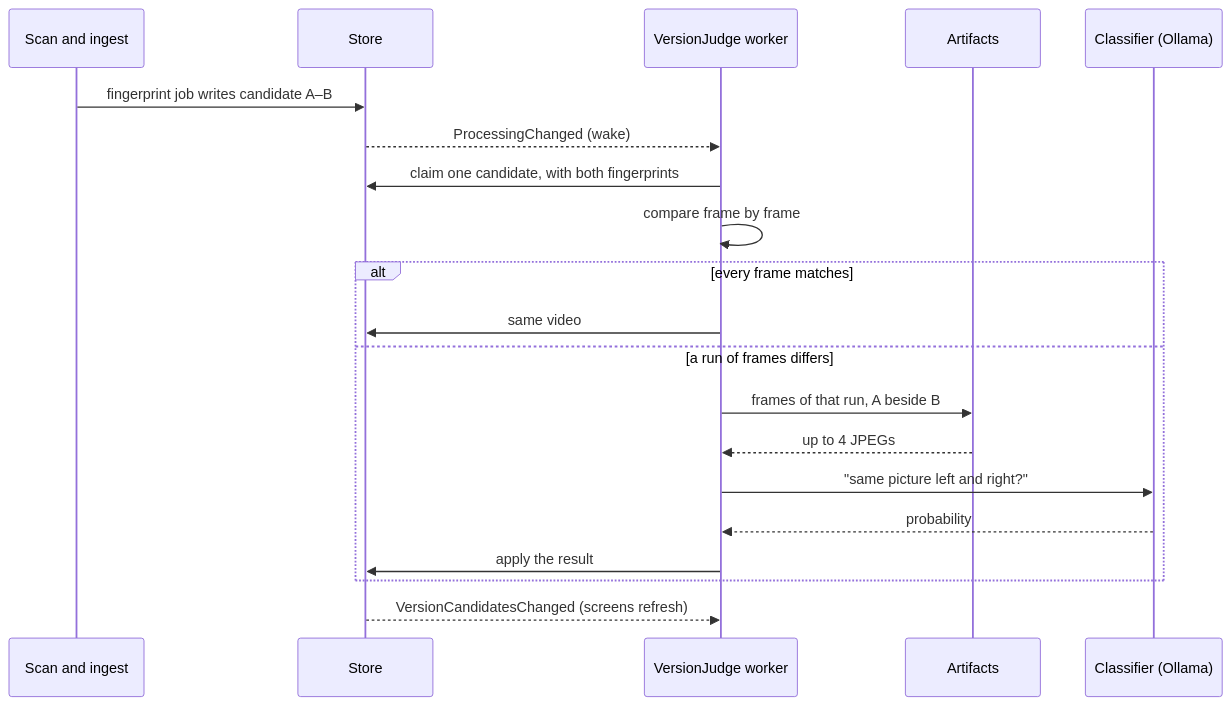
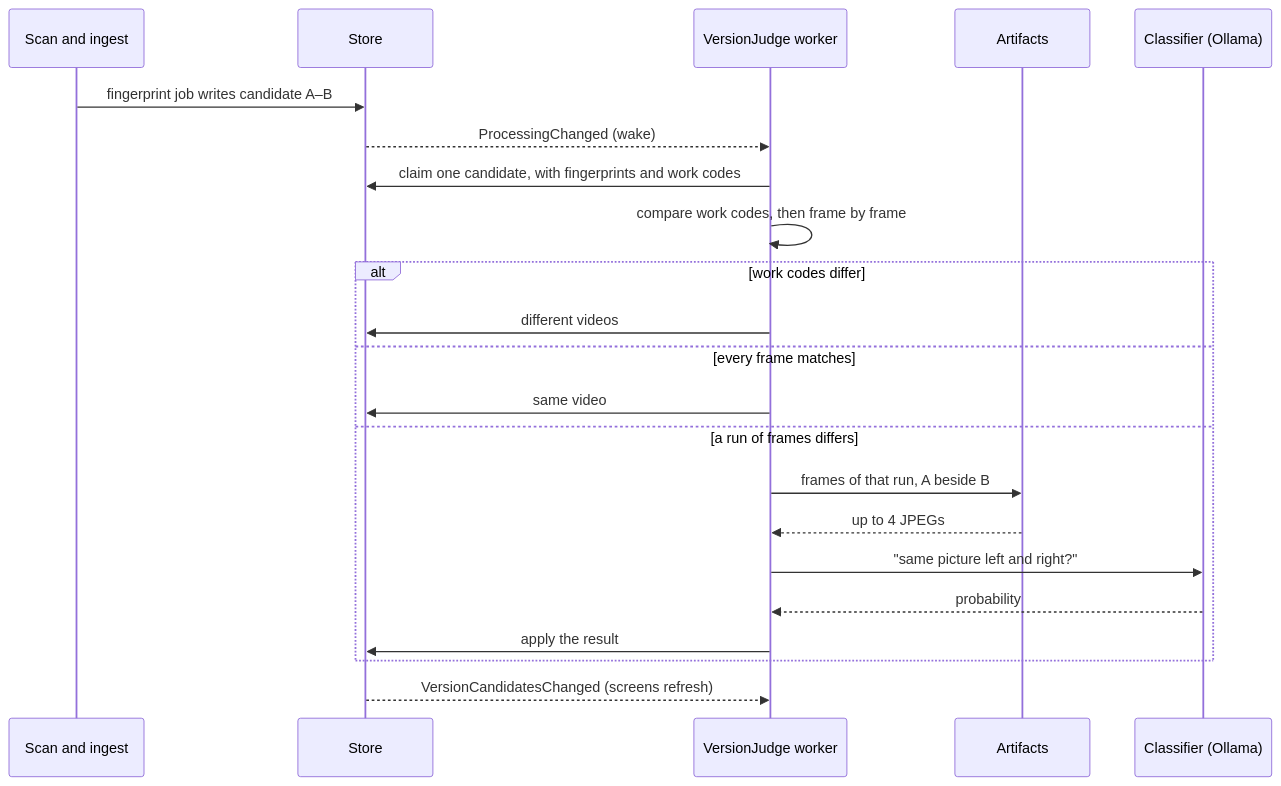
The first of 2 diagrams in specs/054-auto-dup/plan.md (syudead/vv), drawn with Mermaid before and after one commit. The commit also changed other lines of this file and 5 other files, not shown here.

First line of the commit message:
docs(054): use work codes and owner data in judging and the representative

````diff
--- a/specs/054-auto-dup/plan.md
+++ b/specs/054-auto-dup/plan.md
@@ -36,22 +38,24 @@
 ```mermaid
 sequenceDiagram
   participant Scan as Scan and ingest
   participant Store as Store
   participant Judge as VersionJudge worker
   participant Art as Artifacts
   participant AI as Classifier (Ollama)
   Scan->>Store: fingerprint job writes candidate A–B
   Store-->>Judge: ProcessingChanged (wake)
-  Judge->>Store: claim one candidate, with both fingerprints
-  Judge->>Judge: compare frame by frame
-  alt every frame matches
+  Judge->>Store: claim one candidate, with fingerprints and work codes
+  Judge->>Judge: compare work codes, then frame by frame
+  alt work codes differ
+    Judge->>Store: different videos
+  else every frame matches
     Judge->>Store: same video
   else a run of frames differs
     Judge->>Art: frames of that run, A beside B
     Art-->>Judge: up to 4 JPEGs
     Judge->>AI: "same picture left and right?"
     AI-->>Judge: probability
     Judge->>Store: apply the result
   end
   Store-->>Judge: VersionCandidatesChanged (screens refresh)
 ```
````
